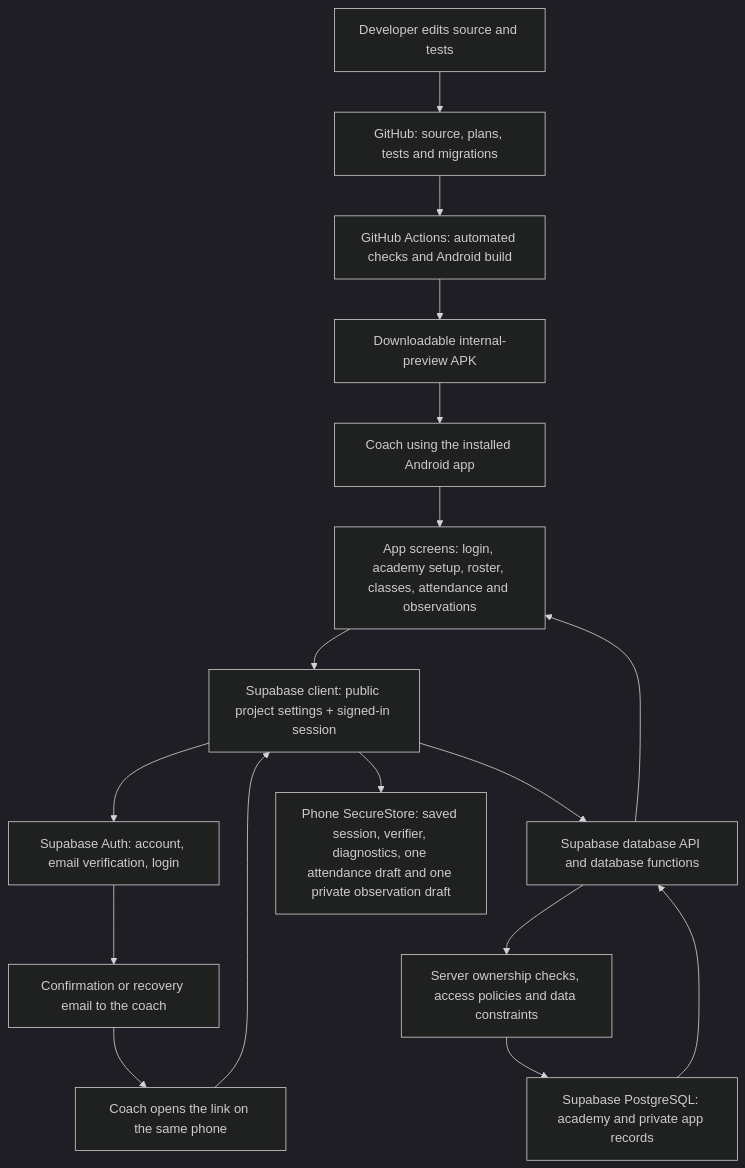
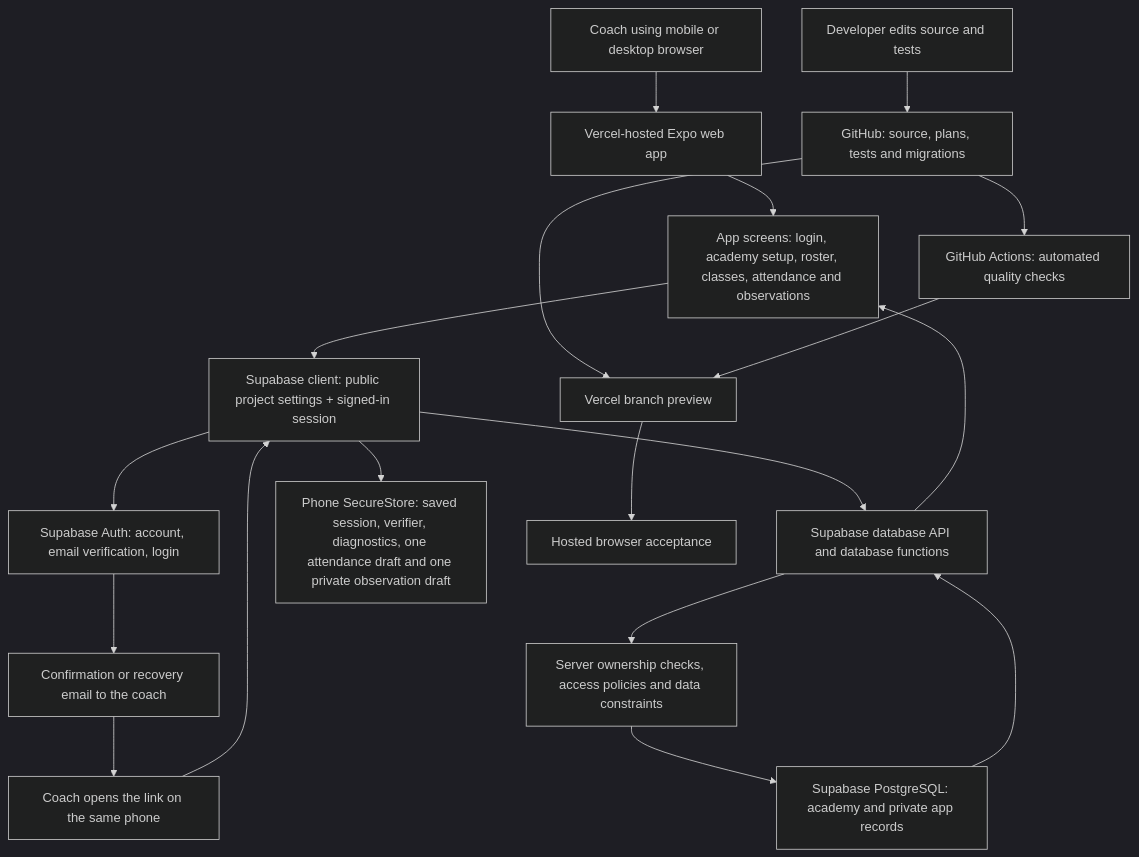
Before and after one commit to appsworld2027/Parent-plus-: the first of 8 diagrams in ai-workspace/architecture/ARCHITECTURE.md, drawn with Mermaid (dark theme). The commit also changed other lines of this file and 32 other files, not shown here.

Commit message:
feat(parent): prepare APVerse attendance contract and retire APK checks

````diff
--- a/ai-workspace/architecture/ARCHITECTURE.md
+++ b/ai-workspace/architecture/ARCHITECTURE.md
@@ -10,19 +12,21 @@
 ```mermaid
 flowchart TD
-    Coach["Coach using the installed Android app"] --> UI["App screens: login, academy setup, roster, classes, attendance and observations"]
+    Coach["Coach using mobile or desktop browser"] --> Vercel["Vercel-hosted Expo web app"]
+    Vercel --> UI["App screens: login, academy setup, roster, classes, attendance and observations"]
     UI --> Client["Supabase client: public project settings + signed-in session"]
     Client --> Auth["Supabase Auth: account, email verification, login"]
     Auth --> Email["Confirmation or recovery email to the coach"]
     Email --> Link["Coach opens the link on the same phone"]
     Link --> Client
     Client --> API["Supabase database API and database functions"]
     API --> Rules["Server ownership checks, access policies and data constraints"]
     Rules --> DB["Supabase PostgreSQL: academy and private app records"]
     DB --> API
     API --> UI
     Client --> Store["Phone SecureStore: saved session, verifier, diagnostics, one attendance draft and one private observation draft"]
     Developer["Developer edits source and tests"] --> Git["GitHub: source, plans, tests and migrations"]
-    Git --> Actions["GitHub Actions: automated checks and Android build"]
-    Actions --> APK["Downloadable internal-preview APK"]
-    APK --> Coach
+    Git --> Actions["GitHub Actions: automated quality checks"]
+    Git --> Preview["Vercel branch preview"]
+    Actions --> Preview
+    Preview --> Browser["Hosted browser acceptance"]
 ```
````
